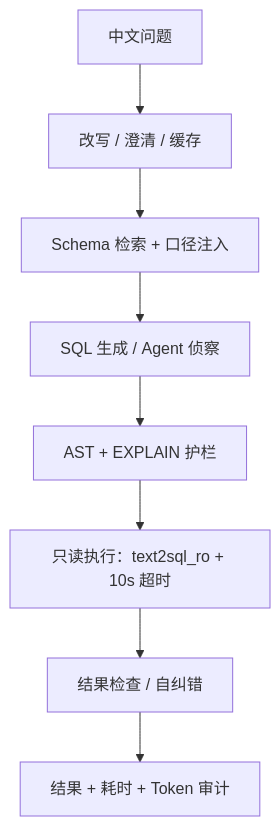
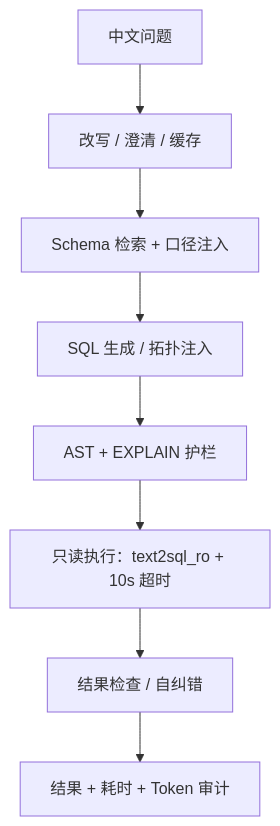
One commit to xunqian99/Text2SQL-agent changed the diagram in README.md. Above: the diagram before and after it, drawn with Mermaid. The commit also changed other lines of this file, not shown here.

````diff
--- a/README.md
+++ b/README.md
@@ -36,10 +36,10 @@
 ```mermaid
 flowchart TD
     Q["中文问题"] --> R["改写 / 澄清 / 缓存"]
     R --> S["Schema 检索 + 口径注入"]
-    S --> G["SQL 生成 / Agent 侦察"]
+    S --> G["SQL 生成 / 拓扑注入"]
     G --> V["AST + EXPLAIN 护栏"]
     V --> X["只读执行：text2sql_ro + 10s 超时"]
     X --> K["结果检查 / 自纠错"]
     K --> O["结果 + 耗时 + Token 审计"]
 ```
````
